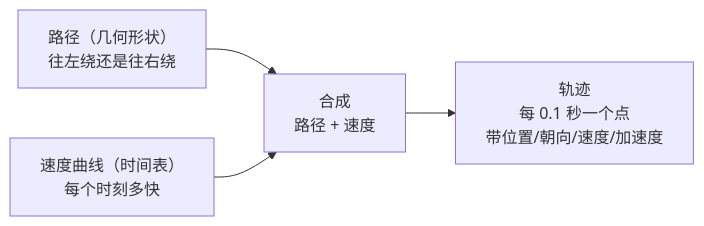
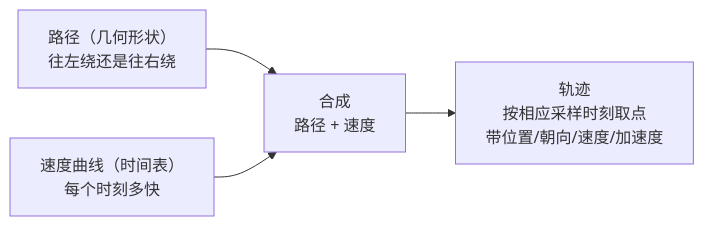
Before and after one commit to Franch-Toast/Scriptorium: the first of 3 diagrams in docs/document/撰修司/E2E架构拆解/07 规划模型：从障碍物到安全轨迹.md, drawn with Mermaid. The commit also changed other lines of this file and 63 other files, not shown here.

````diff
--- a/docs/document/撰修司/E2E架构拆解/07 规划模型：从障碍物到安全轨迹.md
+++ b/docs/document/撰修司/E2E架构拆解/07 规划模型：从障碍物到安全轨迹.md
@@ -46,6 +48,6 @@
 ```mermaid
 flowchart LR
     P["路径（几何形状）<br/>往左绕还是往右绕"] --> C["合成<br/>路径 + 速度"]
     S["速度曲线（时间表）<br/>每个时刻多快"] --> C
-    C --> T["轨迹<br/>每 0.1 秒一个点<br/>带位置/朝向/速度/加速度"]
+    C --> T["轨迹<br/>按相应采样时刻取点<br/>带位置/朝向/速度/加速度"]
 ```
````
